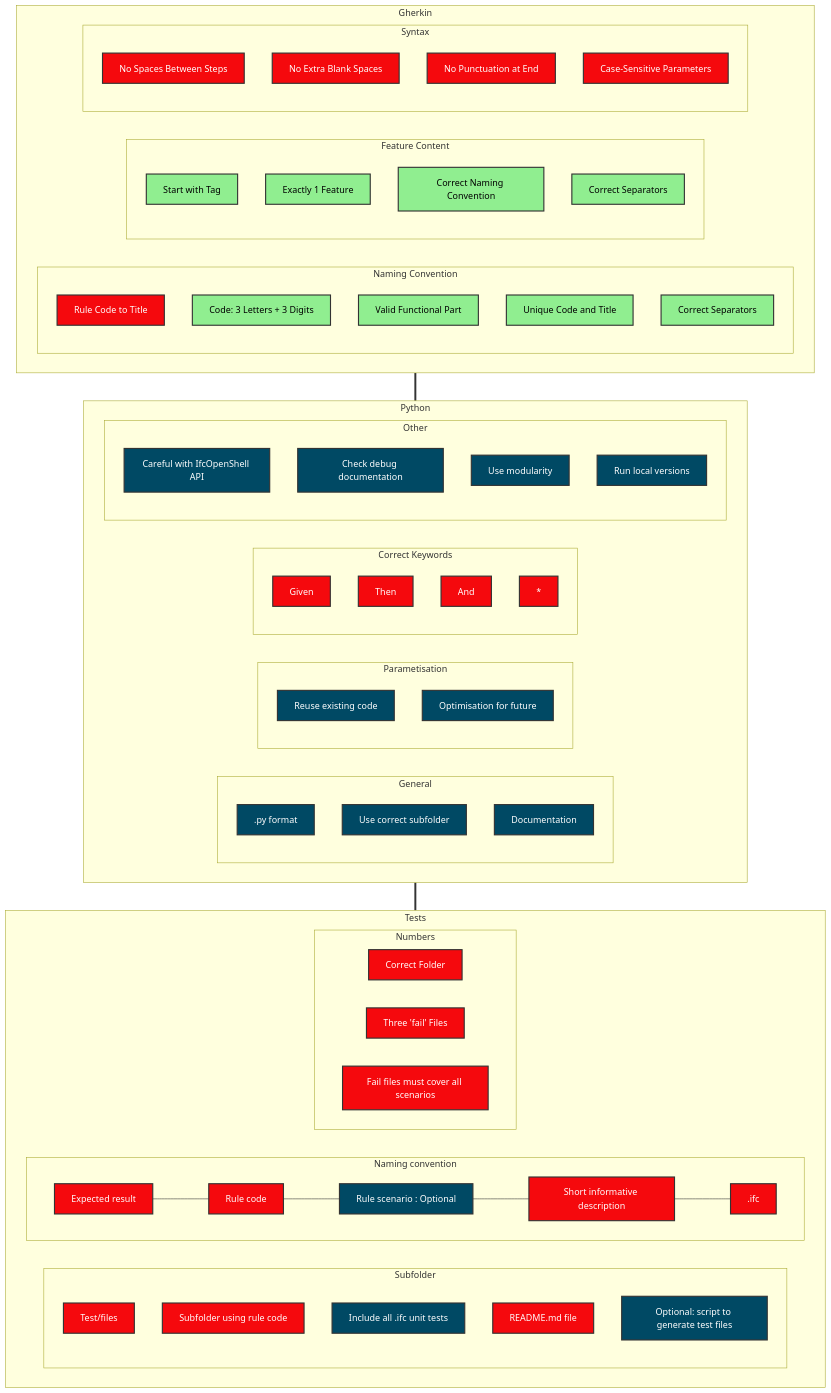
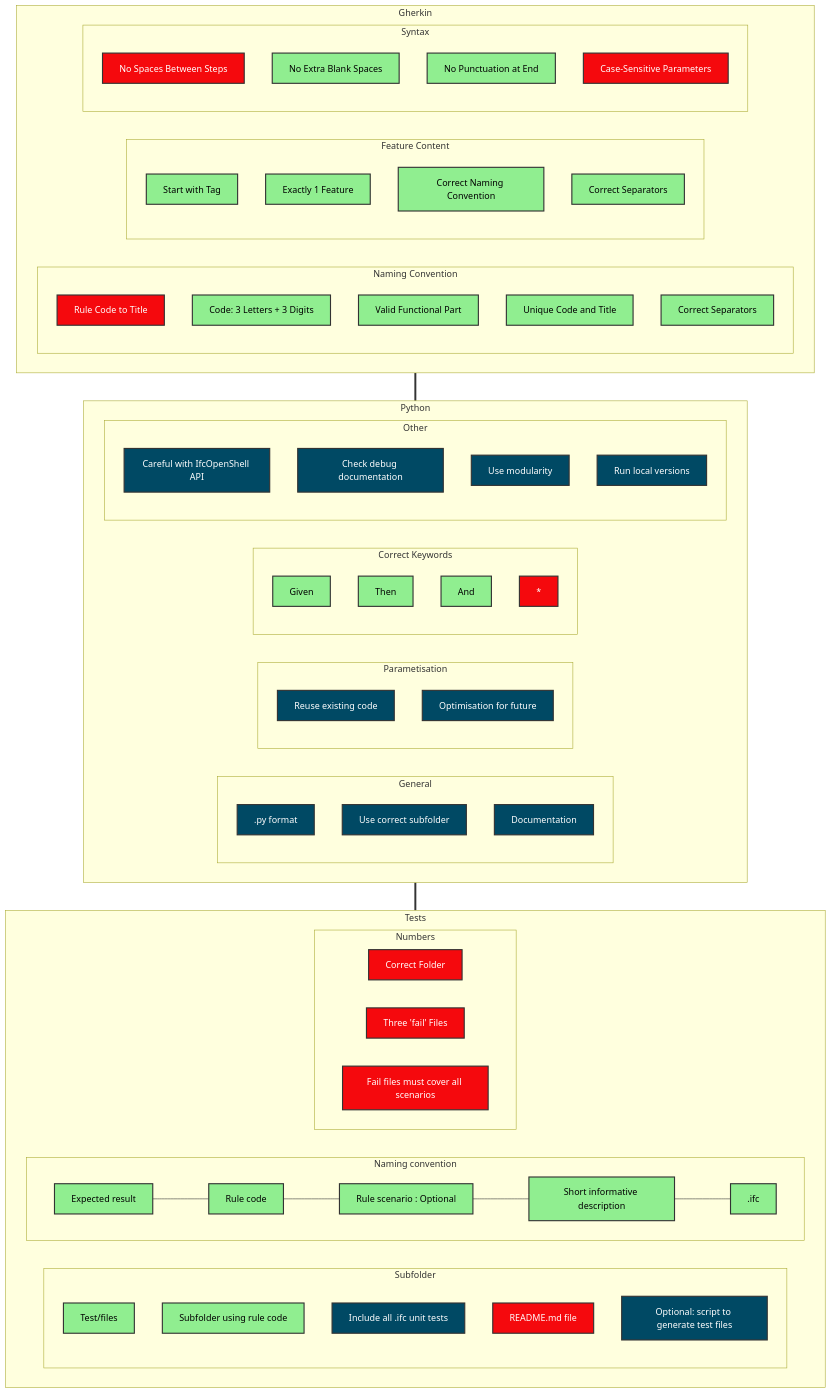
Before and after one commit to buildingSMART/ifc-gherkin-rules: the second of 2 diagrams in test/rule_creation_protocol/README.md, drawn with Mermaid. The commit also changed 3 other files, not shown here.

````diff
--- a/test/rule_creation_protocol/README.md
+++ b/test/rule_creation_protocol/README.md
@@ -115,81 +115,81 @@
 ```mermaid
 graph TB
     classDef green fill:#90EE90,stroke:#333,stroke-width:2px, color:black;
     classDef red fill:#F5090D,stroke:#333,stroke-width:2px, color:white;
     classDef blue fill:#004964,stroke:#333,stroke-width:2px, color:white;
     subgraph Gherkin
         subgraph Naming Convention
             A[Rule Code to Title]:::red
             B[Code: 3 Letters + 3 Digits]:::green
             C[Valid Functional Part]:::green
             D[Unique Code and Title]:::green
             E[Correct Separators]:::green
         end
         subgraph Feature Content
             F[Start with Tag]:::green
             G[Exactly 1 Feature]:::green
             H[Correct Naming Convention]:::green
             I[Correct Separators]:::green
         end
         subgraph Syntax
             J[No Spaces Between Steps]:::red
-            K[No Extra Blank Spaces]:::red
-            L[No Punctuation at End]:::red
+            K[No Extra Blank Spaces]:::green
+            L[No Punctuation at End]:::green
             M[Case-Sensitive Parameters]:::red
         end
     end
     subgraph Python
         subgraph General
             BB[.py format]:::blue
             BC[Use correct subfolder]:::blue
             BCA[Documentation]:::blue
         end
         subgraph Parametisation
             BD[Reuse existing code]:::blue
             BE[Optimisation for future]:::blue
         end
         subgraph Correct Keywords
-            BF[Given]:::red
-            BG[Then]:::red
-            BH[And]:::red
+            BF[Given]:::green
+            BG[Then]:::green
+            BH[And]:::green
             BI[*]:::red
         end
         subgraph Other
             BJ[Careful with IfcOpenShell API]:::blue
             BK[Check debug documentation]:::blue
             BAA[Use modularity]:::blue
             BAB[Run local versions]:::blue
         end
     end
     subgraph Tests
         subgraph Subfolder
-            CA[Test/files]:::red
-            CB[Subfolder using rule code]:::red
+            CA[Test/files]:::green
+            CB[Subfolder using rule code]:::green
             CH[Include all .ifc unit tests]:::blue
             CI[README.md file]:::red
             CJ[Optional: script to generate test files]:::blue
         end
         subgraph Naming convention
             direction RL
-            CG[.ifc]:::red
-            CF[Short informative description]:::red
-            CE[Rule scenario : Optional]:::blue
-            CD[Rule code]:::red
-            CC[Expected result]:::red
+            CG[.ifc]:::green
+            CF[Short informative description]:::green
+            CE[Rule scenario : Optional]:::green
+            CD[Rule code]:::green
+            CC[Expected result]:::green
         end
         subgraph Numbers
             direction RL
             CZ[At least 1 pass file]:::red
             CX[At least 3 fail files]:::red
             CR[Fail files must cover all scenarios]:::red
         end
         CG --- CF
         CF --- CE
         CE --- CD
         CD --- CC
         CZ[Correct Folder]
         CX[Three 'fail' Files]
     end
     Gherkin === Python
     Python === Tests
 ```
````
